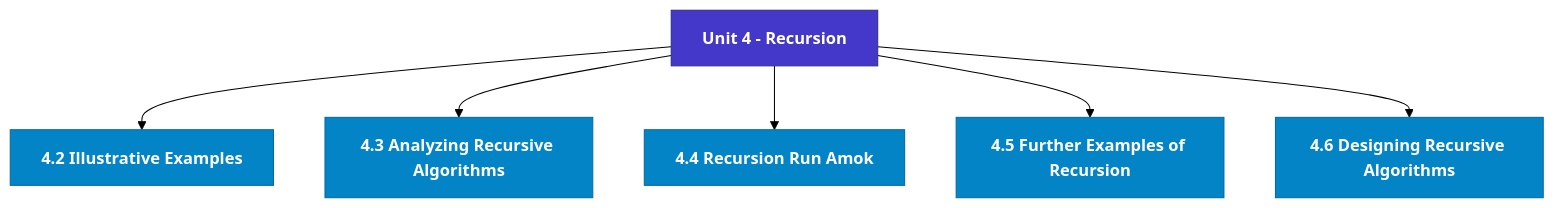
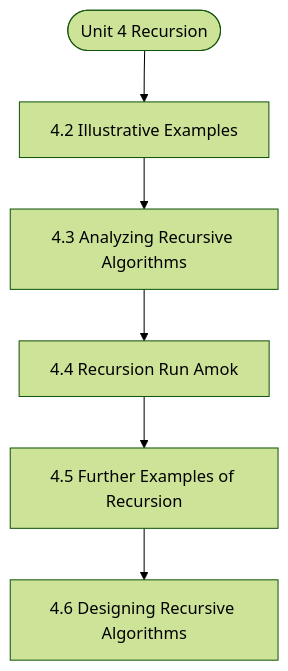
One commit to Asutosh-Coaching/mscdsa changed the diagram in notes/Semester_1/MCS-063_Data_Structures_using_Python/unit_04_Recursion.md. Above: the diagram before and after it, drawn with Mermaid (forest theme). The commit also changed other lines of this file and 115 other files, not shown here.

Commit message:
Fix Mermaid layout for mobile, isolate LaTeX delimiters, and add GitHub Pages reader

````diff
--- a/notes/Semester_1/MCS-063_Data_Structures_using_Python/unit_04_Recursion.md
+++ b/notes/Semester_1/MCS-063_Data_Structures_using_Python/unit_04_Recursion.md
@@ -19,19 +19,14 @@
 ```mermaid
 flowchart TD
-  %% Styling Definitions
-  classDef head fill:#4338ca,stroke:#312e81,color:#ffffff,font-weight:bold;
-  classDef topic fill:#0284c7,stroke:#0369a1,color:#ffffff,font-weight:600;
-  classDef sub fill:#1e293b,stroke:#475569,color:#f8fafc;
-
-  Root["Unit 4 - Recursion"]:::head
-  M1["4.2 Illustrative Examples"]:::topic
-  Root --> M1
-  M2["4.3 Analyzing Recursive Algorithms"]:::topic
-  Root --> M2
-  M3["4.4 Recursion Run Amok"]:::topic
-  Root --> M3
-  M4["4.5 Further Examples of Recursion"]:::topic
-  Root --> M4
-  M5["4.6 Designing Recursive Algorithms"]:::topic
-  Root --> M5
+  Start(["Unit 4 Recursion"])
+  N1["4.2 Illustrative Examples"]
+  N2["4.3 Analyzing Recursive Algorithms"]
+  N3["4.4 Recursion Run Amok"]
+  N4["4.5 Further Examples of Recursion"]
+  N5["4.6 Designing Recursive Algorithms"]
+  Start --> N1
+  N1 --> N2
+  N2 --> N3
+  N3 --> N4
+  N4 --> N5
 ```
````
